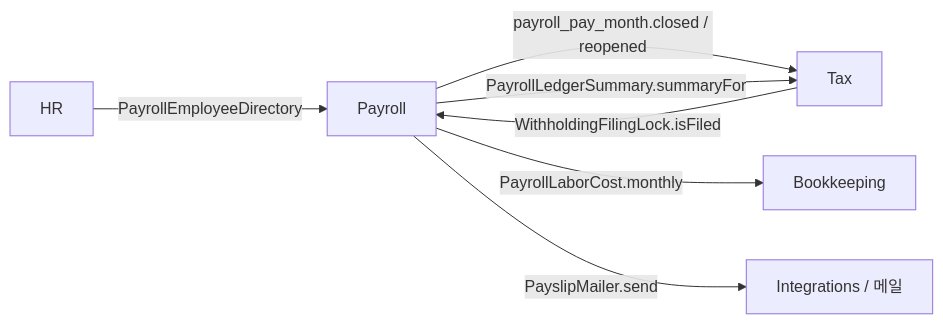
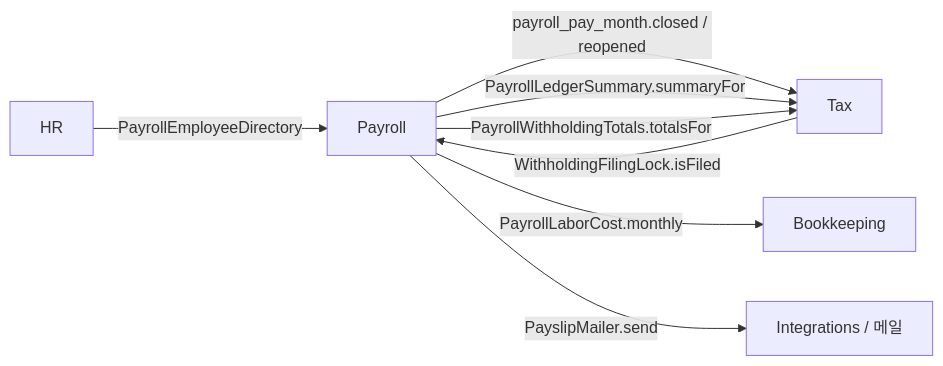
The third of 3 diagrams in docs/design/payroll.md (cbcruk/semu), drawn with Mermaid before and after one commit. The commit also changed other lines of this file and 6 other files, not shown here.

````diff
--- a/docs/design/payroll.md
+++ b/docs/design/payroll.md
@@ -317,9 +317,10 @@
 ```mermaid
 flowchart LR
   HR[HR] -- PayrollEmployeeDirectory --> PAY[Payroll]
   PAY -- payroll_pay_month.closed / reopened --> TAX[Tax]
   TAX -- WithholdingFilingLock.isFiled --> PAY
   PAY -- PayrollLedgerSummary.summaryFor --> TAX
+  PAY -- PayrollWithholdingTotals.totalsFor --> TAX
   PAY -- PayrollLaborCost.monthly --> BK[Bookkeeping]
   PAY -- PayslipMailer.send --> INT[Integrations / 메일]
 ```
````
